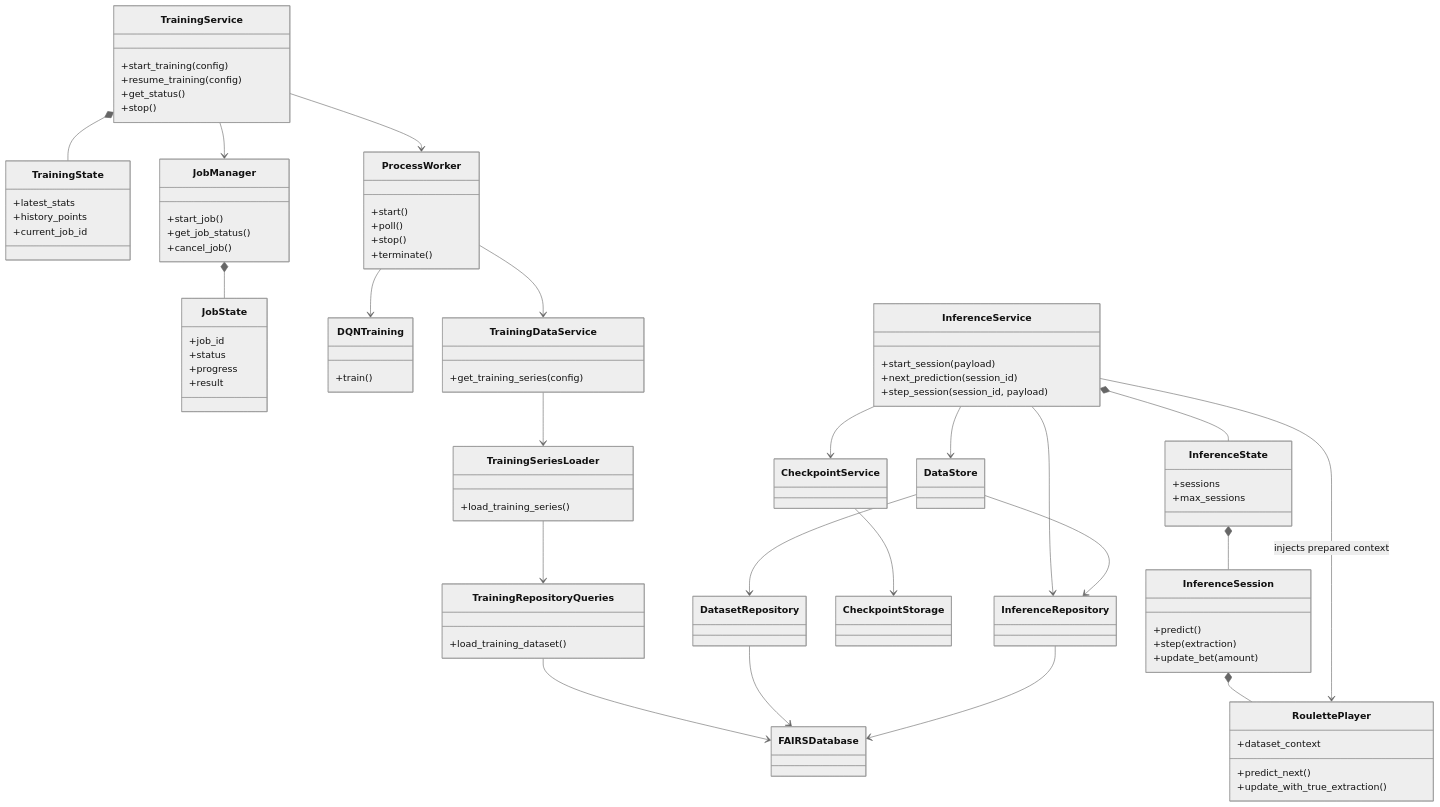
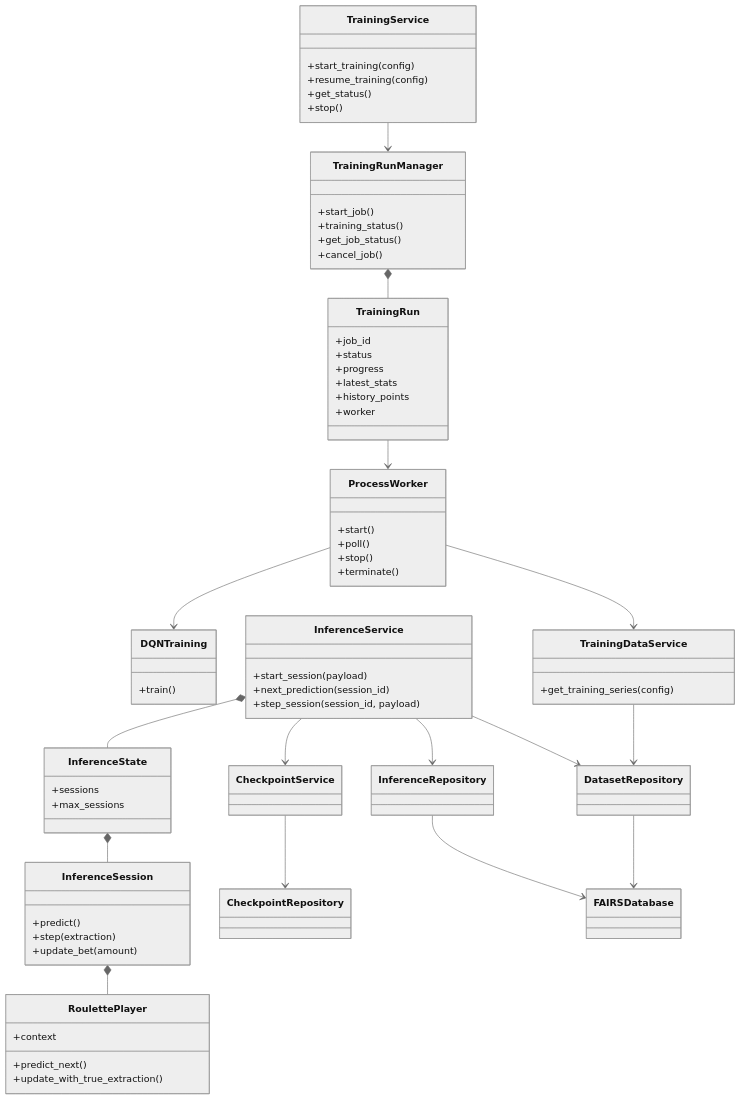
One commit to CTCycle/FAIRS-Roulette-Player changed the fourth of 4 diagrams in assets/docs/architecture/execution_and_data_flow.md. Above: the diagram before and after it, drawn with Mermaid (neutral theme). The commit also changed other lines of this file and 19 other files, not shown here.

````diff
--- a/assets/docs/architecture/execution_and_data_flow.md
+++ b/assets/docs/architecture/execution_and_data_flow.md
@@ -203,21 +166,19 @@
         +get_status()
         +stop()
     }
-    class TrainingState {
-        +latest_stats
-        +history_points
-        +current_job_id
-    }
-    class JobManager {
+    class TrainingRunManager {
         +start_job()
+        +training_status()
         +get_job_status()
         +cancel_job()
     }
-    class JobState {
+    class TrainingRun {
         +job_id
         +status
         +progress
-        +result
+        +latest_stats
+        +history_points
+        +worker
     }
     class ProcessWorker {
         +start()
@@ -230,12 +191,6 @@
     }
     class TrainingDataService {
         +get_training_series(config)
-    }
-    class TrainingSeriesLoader {
-        +load_training_series()
-    }
-    class TrainingRepositoryQueries {
-        +load_training_dataset()
     }
     class InferenceService {
         +start_session(payload)
@@ -252,36 +207,29 @@
         +update_bet(amount)
     }
     class RoulettePlayer {
-        +dataset_context
+        +context
         +predict_next()
         +update_with_true_extraction()
     }
     class CheckpointService
-    class CheckpointStorage
-    class DataStore
+    class CheckpointRepository
     class DatasetRepository
     class InferenceRepository
     class FAIRSDatabase
 
-    TrainingService *-- TrainingState
-    TrainingService --> JobManager
-    TrainingService --> ProcessWorker
-    JobManager *-- JobState
+    TrainingService --> TrainingRunManager
+    TrainingRunManager *-- TrainingRun
+    TrainingRun --> ProcessWorker
     ProcessWorker --> DQNTraining
     ProcessWorker --> TrainingDataService
-    TrainingDataService --> TrainingSeriesLoader
-    TrainingSeriesLoader --> TrainingRepositoryQueries
-    TrainingRepositoryQueries --> FAIRSDatabase
+    TrainingDataService --> DatasetRepository
     InferenceService *-- InferenceState
     InferenceState *-- InferenceSession
     InferenceSession *-- RoulettePlayer
     InferenceService --> CheckpointService
-    InferenceService --> DataStore
+    InferenceService --> DatasetRepository
     InferenceService --> InferenceRepository
-    InferenceService --> RoulettePlayer : injects prepared context
-    CheckpointService --> CheckpointStorage
-    DataStore --> DatasetRepository
-    DataStore --> InferenceRepository
+    CheckpointService --> CheckpointRepository
     DatasetRepository --> FAIRSDatabase
     InferenceRepository --> FAIRSDatabase
 ```
````
